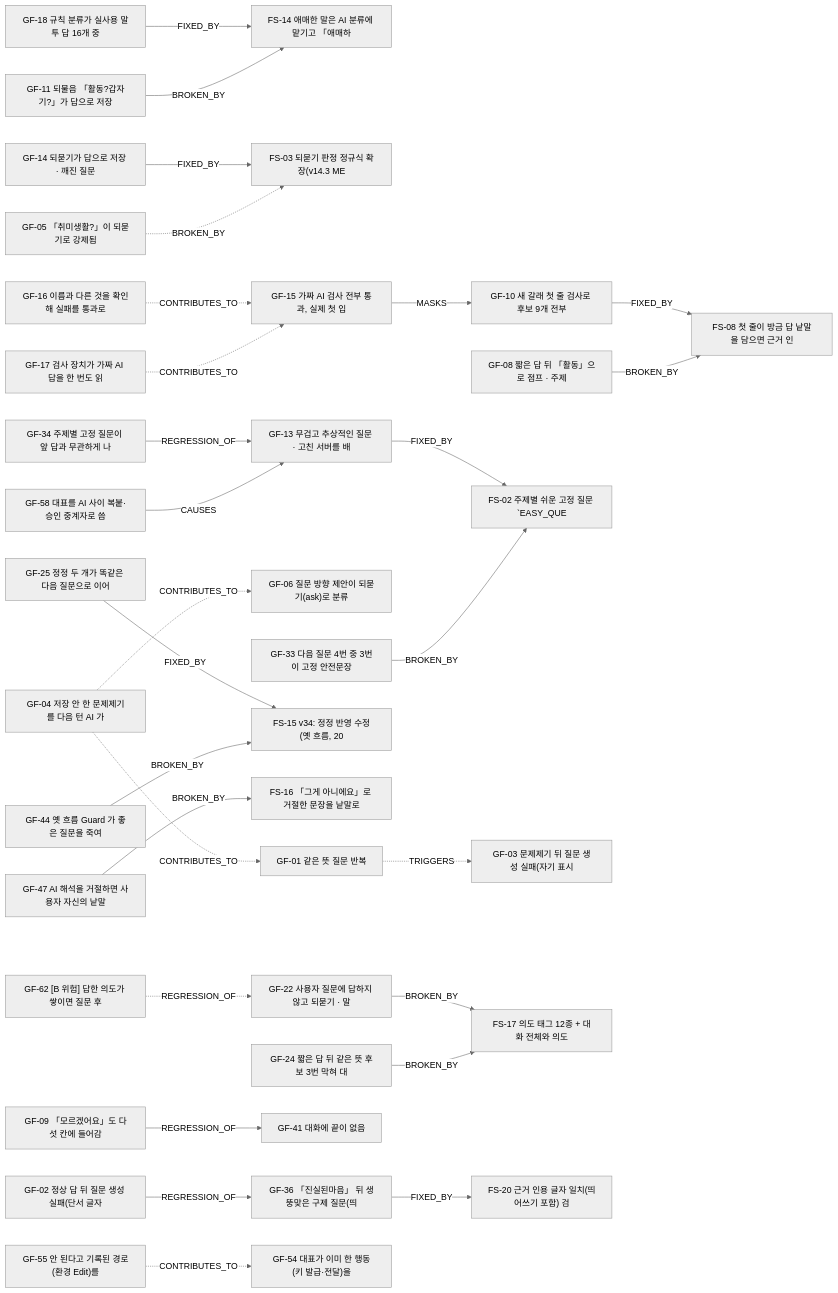
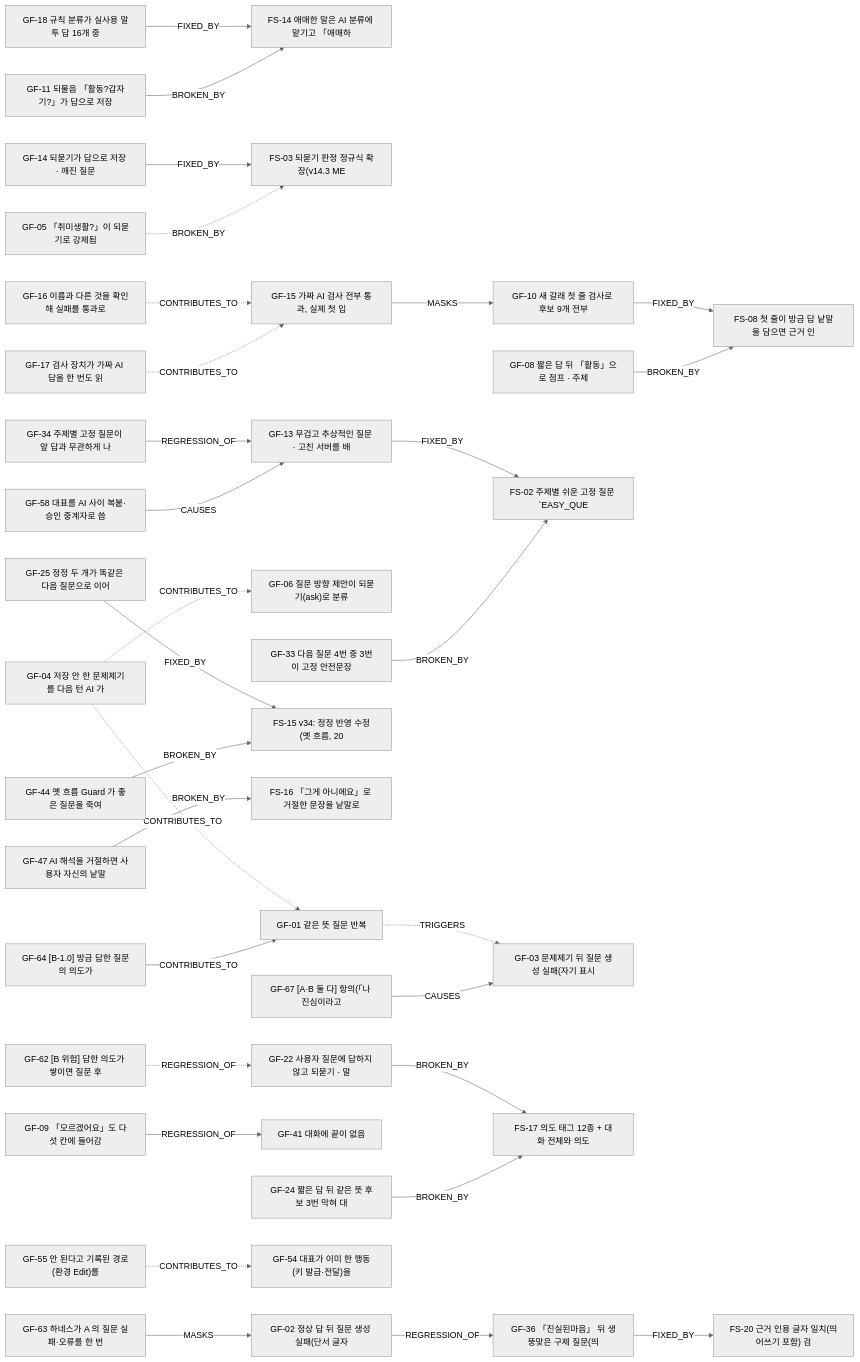
One commit to founder94/ECHO-MVP- changed the diagram in docs/failure-intelligence/FAILURE_GRAPH.md. Above: the diagram before and after it, drawn with Mermaid (neutral theme). The commit also changed other lines of this file and 19 other files, not shown here.

````diff
--- a/docs/failure-intelligence/FAILURE_GRAPH.md
+++ b/docs/failure-intelligence/FAILURE_GRAPH.md
@@ -5,66 +5,72 @@
 ```mermaid
 graph LR
   GF-10["GF-10 새 갈래 첫 줄 검사로 후보 9개 전부 "]
   FS-08["FS-08 첫 줄이 방금 답 낱말을 담으면 근거 인"]
   GF-08["GF-08 짧은 답 뒤 「활동」으로 점프 · 주제 "]
   GF-18["GF-18 규칙 분류가 실사용 말투 답 16개 중 "]
   FS-14["FS-14 애매한 말은 AI 분류에 맡기고 「애매하"]
   GF-11["GF-11 되물음 「활동?갑자기?」가 답으로 저장 "]
   GF-14["GF-14 되묻기가 답으로 저장 · 깨진 질문"]
   FS-03["FS-03 되묻기 판정 정규식 확장(v14.3 ME"]
   GF-05["GF-05 「취미생활?」이 되묻기로 강제됨"]
   GF-13["GF-13 무겁고 추상적인 질문 · 고친 서버를 배"]
   FS-02["FS-02 주제별 쉬운 고정 질문 `EASY_QUE"]
   GF-04["GF-04 저장 안 한 문제제기를 다음 턴 AI 가"]
   GF-01["GF-01 같은 뜻 질문 반복"]
   GF-06["GF-06 질문 방향 제안이 되묻기(ask)로 분류"]
   GF-03["GF-03 문제제기 뒤 질문 생성 실패(자기 표시 "]
   GF-15["GF-15 가짜 AI 검사 전부 통과, 실제 첫 입"]
   GF-16["GF-16 이름과 다른 것을 확인해 실패를 통과로 "]
   GF-17["GF-17 검사 장치가 가짜 AI 답을 한 번도 읽"]
   GF-25["GF-25 정정 두 개가 똑같은 다음 질문으로 이어"]
   FS-15["FS-15 v34: 정정 반영 수정(옛 흐름, 20"]
   GF-44["GF-44 옛 흐름 Guard 가 좋은 질문을 죽여"]
   GF-47["GF-47 AI 해석을 거절하면 사용자 자신의 낱말"]
   FS-16["FS-16 「그게 아니에요」로 거절한 문장을 낱말로"]
   GF-22["GF-22 사용자 질문에 답하지 않고 되묻기 · 말"]
   FS-17["FS-17 의도 태그 12종 + 대화 전체와 의도 "]
   GF-24["GF-24 짧은 답 뒤 같은 뜻 후보 3번 막혀 대"]
   GF-36["GF-36 「진실된마음」 뒤 생뚱맞은 구제 질문(띄"]
   FS-20["FS-20 근거 인용 글자 일치(띄어쓰기 포함) 검"]
   GF-02["GF-02 정상 답 뒤 질문 생성 실패(단서 글자 "]
   GF-09["GF-09 「모르겠어요」도 다섯 칸에 들어감"]
   GF-41["GF-41 대화에 끝이 없음"]
   GF-34["GF-34 주제별 고정 질문이 앞 답과 무관하게 나"]
   GF-33["GF-33 다음 질문 4번 중 3번이 고정 안전문장"]
   GF-58["GF-58 대표를 AI 사이 복붙·승인 중계자로 씀"]
   GF-55["GF-55 안 된다고 기록된 경로(환경 Edit)를"]
   GF-54["GF-54 대표가 이미 한 행동(키 발급·전달)을 "]
   GF-62["GF-62 [B 위험] 답한 의도가 쌓이면 질문 후"]
+  GF-63["GF-63 하네스가 A 의 질문 실패·오류를 한 번"]
+  GF-64["GF-64 [B-1.0] 방금 답한 질문의 의도가 "]
+  GF-67["GF-67 [A·B 둘 다] 항의(「나 진심이라고 "]
   GF-10 -->|FIXED_BY| FS-08
   GF-08 -->|BROKEN_BY| FS-08
   GF-18 -->|FIXED_BY| FS-14
   GF-11 -->|BROKEN_BY| FS-14
   GF-14 -->|FIXED_BY| FS-03
   GF-05 -.->|BROKEN_BY| FS-03
   GF-13 -->|FIXED_BY| FS-02
   GF-04 -.->|CONTRIBUTES_TO| GF-01
   GF-04 -.->|CONTRIBUTES_TO| GF-06
   GF-01 -.->|TRIGGERS| GF-03
   GF-15 -->|MASKS| GF-10
   GF-16 -.->|CONTRIBUTES_TO| GF-15
   GF-17 -.->|CONTRIBUTES_TO| GF-15
   GF-25 -->|FIXED_BY| FS-15
   GF-44 -->|BROKEN_BY| FS-15
   GF-47 -->|BROKEN_BY| FS-16
   GF-22 -->|BROKEN_BY| FS-17
   GF-24 -->|BROKEN_BY| FS-17
   GF-36 -->|FIXED_BY| FS-20
   GF-02 -->|REGRESSION_OF| GF-36
   GF-09 -->|REGRESSION_OF| GF-41
   GF-34 -->|REGRESSION_OF| GF-13
   GF-33 -->|BROKEN_BY| FS-02
   GF-58 -->|CAUSES| GF-13
   GF-55 -.->|CONTRIBUTES_TO| GF-54
   GF-62 -.->|REGRESSION_OF| GF-22
+  GF-63 -->|MASKS| GF-02
+  GF-64 -->|CONTRIBUTES_TO| GF-01
+  GF-67 -->|CAUSES| GF-03
 ```
````
